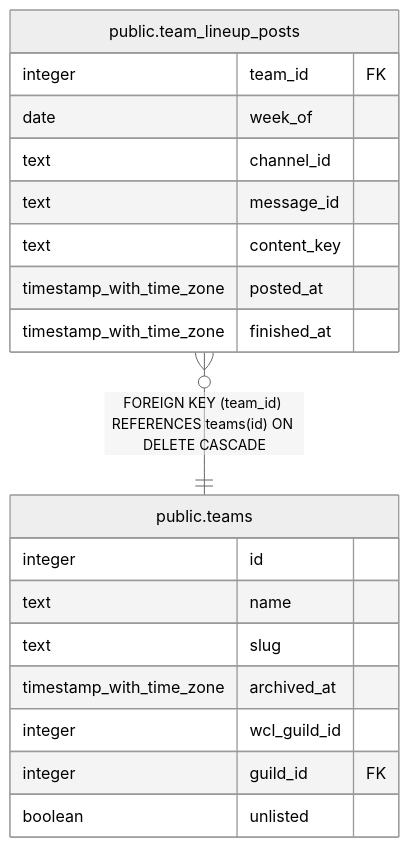
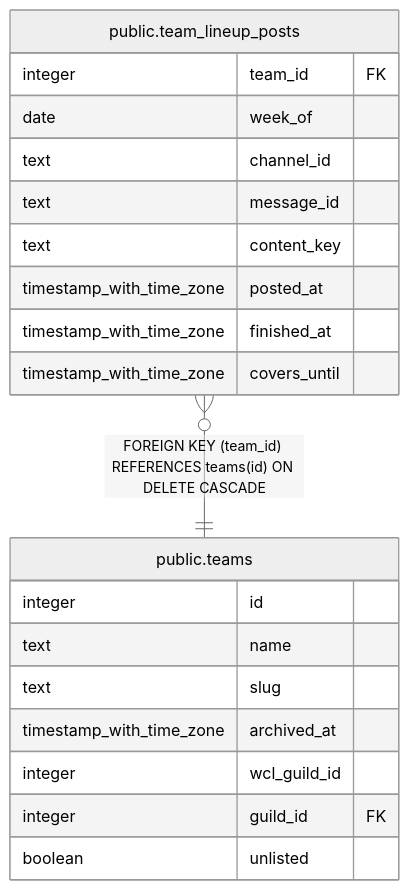
The diagram in dbdoc/public.team_lineup_posts.md (katogaming88/WGA-Raid-Hub), drawn with Mermaid (neutral theme) before and after one commit. The commit also changed other lines of this file and 11 other files, not shown here.

````diff
--- a/dbdoc/public.team_lineup_posts.md
+++ b/dbdoc/public.team_lineup_posts.md
@@ -35,24 +36,25 @@
 ```mermaid
 erDiagram
 
 "public.team_lineup_posts" }o--|| "public.teams" : "FOREIGN KEY (team_id) REFERENCES teams(id) ON DELETE CASCADE"
 
 "public.team_lineup_posts" {
   integer team_id FK
   date week_of
   text channel_id
   text message_id
   text content_key
   timestamp_with_time_zone posted_at
   timestamp_with_time_zone finished_at
+  timestamp_with_time_zone covers_until
 }
 "public.teams" {
   integer id
   text name
   text slug
   timestamp_with_time_zone archived_at
   integer wcl_guild_id
   integer guild_id FK
   boolean unlisted
 }
 ```
````
